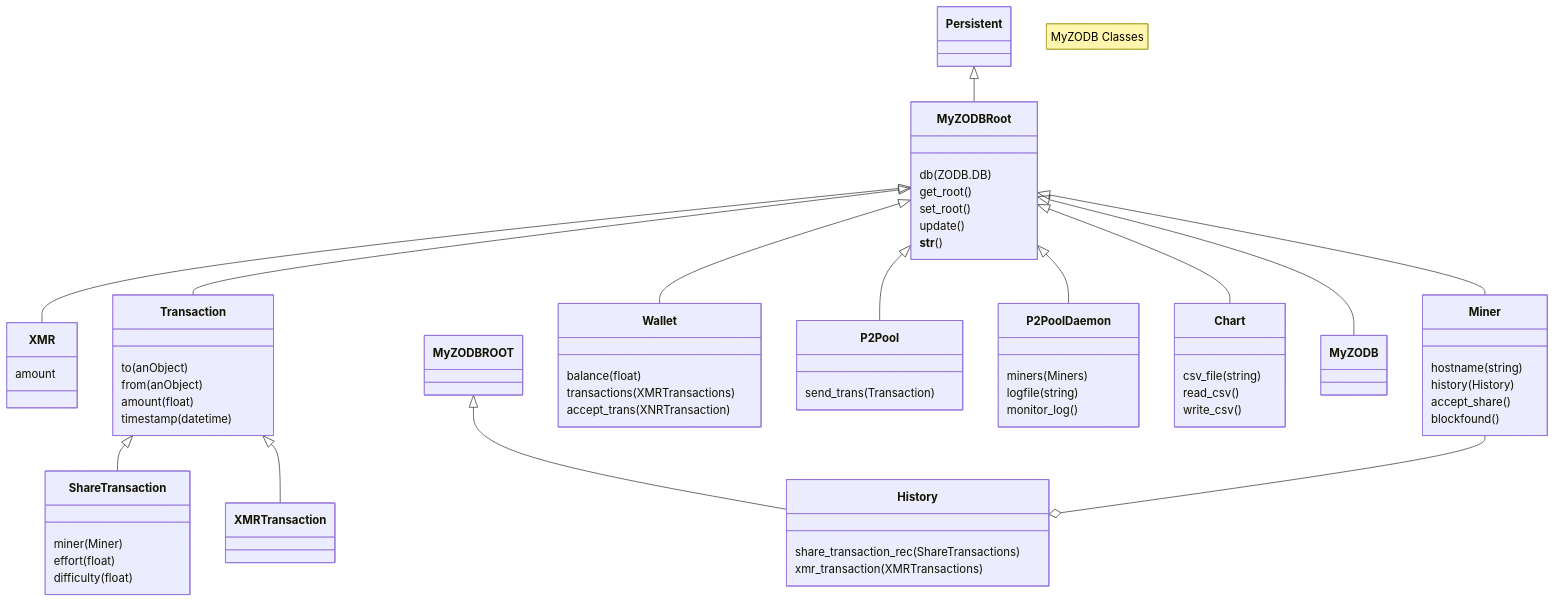
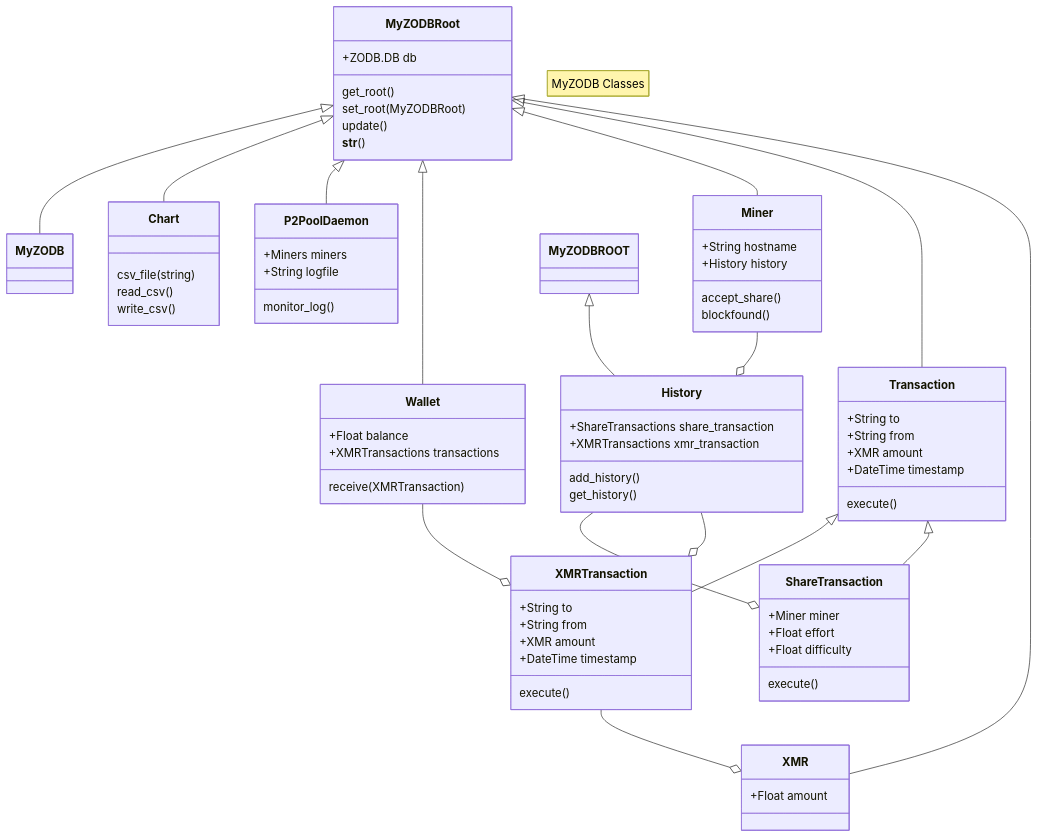
The diagram in _posts/2024-06-02-Class-Hierarchy.md (NadimGhaznavi/myzodb), drawn with Mermaid before and after one commit.

```diff
--- a/_posts/2024-06-02-Class-Hierarchy.md
+++ b/_posts/2024-06-02-Class-Hierarchy.md
@@ -8,67 +8,78 @@
 <pre class="mermaid">
     classDiagram
     note "MyZODB Classes"
-    Persistent <|-- MyZODBRoot
     MyZODBRoot <|-- XMR
     MyZODBRoot <|-- Transaction
     Transaction <|-- ShareTransaction
     Transaction <|-- XMRTransaction
     MyZODBRoot <|-- Miner
     MyZODBRoot <|-- Wallet
-    MyZODBRoot <|-- P2Pool
     MyZODBRoot <|-- P2PoolDaemon
     MyZODBRoot <|-- Chart
     MyZODBRoot <|-- MyZODB
     MyZODBROOT <|-- History
     Miner --o History
+    History --o XMRTransaction
+    History --o ShareTransaction
+    XMRTransaction --o XMR
+    Wallet --o XMRTransaction
 
-    class MyZODBRoot{
-        db (ZODB.DB)
-        get_root()
-        set_root()
-        update()
-        __str__()
-    }
-    class XMR{
-        amount
-    }
-    class Transaction{
-        to (anObject) 
-        from (anObject)
-        amount (float)
-        timestamp (datetime)
-    }
-    class ShareTransaction{
-        miner (Miner)
-        effort (float)
-        difficulty (float)
-    }
     class Chart{
         csv_file (string)
         read_csv()
         write_csv()
     }
     class History{
-        share_transaction_rec (ShareTransactions)
-        xmr_transaction(XMRTransactions)
+        +ShareTransactions share_transaction
+        +XMRTransactions xmr_transaction
+        add_history()
+        get_history()
     }
     class Miner{
-        hostname (string)
-        history (History)
+        +String hostname
+        +History history
         accept_share()
         blockfound()
     }
-    class Wallet{
-        balance (float)
-        transactions (XMRTransactions)
-        accept_trans(XNRTransaction)
-    }
-    class P2Pool{
-        send_trans(Transaction)
+    class MyZODBRoot{
+        +ZODB.DB db
+        get_root()
+        set_root(MyZODBRoot)
+        update()
+        __str__()
     }
     class P2PoolDaemon{
-        miners (Miners)
-        logfile (string)
+        +Miners miners
+        +String logfile
         monitor_log()
     }
+    class ShareTransaction{
+        +Miner miner
+        +Float effort
+        +Float difficulty
+        execute()
+    }
+    class Transaction{
+        +String to
+        +String from
+        +XMR amount
+        +DateTime timestamp
+        execute()
+    }
+    class Wallet{
+        +Float balance
+        +XMRTransactions transactions
+        receive(XMRTransaction)
+    }
+    class XMR{
+        +Float amount
+    }
+    class XMRTransaction{
+        +String to
+        +String from
+        +XMR amount
+        +DateTime timestamp
+        execute()
+
+    }
 </pre>
```
